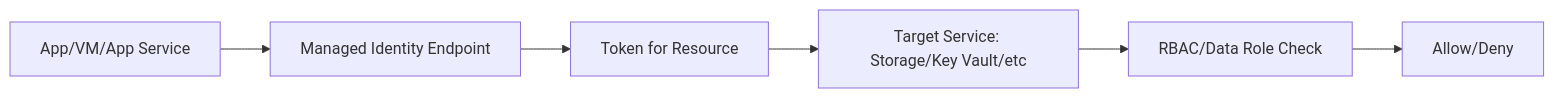
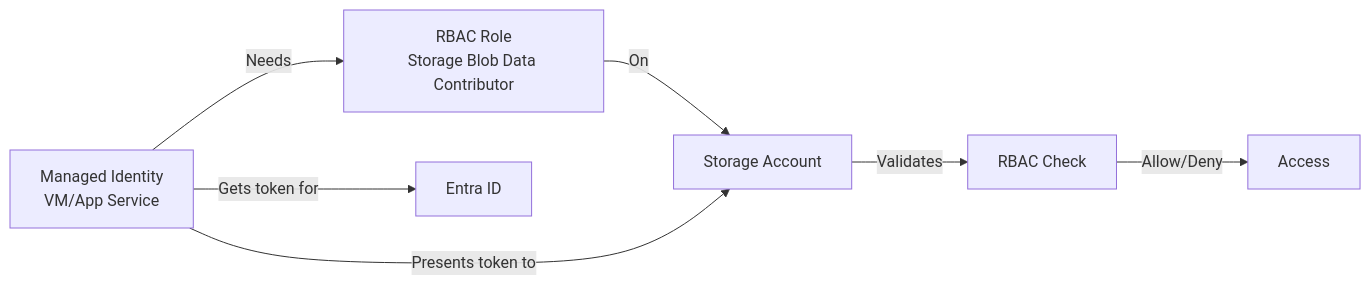
Before and after one commit to Georges034302/az-104-training: the sixth of 10 diagrams in modules/01-identity/lessons/03-managed-identities.md, drawn with Mermaid. The commit also changed other lines of this file and 9 other files, not shown here.

````diff
--- a/modules/01-identity/lessons/03-managed-identities.md
+++ b/modules/01-identity/lessons/03-managed-identities.md
@@ -9,8 +354,9 @@
 ```mermaid
 flowchart LR
-  App[App/VM/App Service] --> MSI[Managed Identity Endpoint]
-  MSI --> Token[Token for Resource]
-  Token --> Target[Target Service: Storage/Key Vault/etc]
-  Target --> RBAC[RBAC/Data Role Check]
-  RBAC --> Allow[Allow/Deny]
+    MI[Managed Identity<br/>VM/App Service] -->|Needs| Role[RBAC Role<br/>Storage Blob Data Contributor]
+    Role -->|On| Target[Storage Account]
+    MI -->|Gets token for| EntraID[Entra ID]
+    MI -->|Presents token to| Target
+    Target -->|Validates| RBAC[RBAC Check]
+    RBAC -->|Allow/Deny| Access
 ```
````
